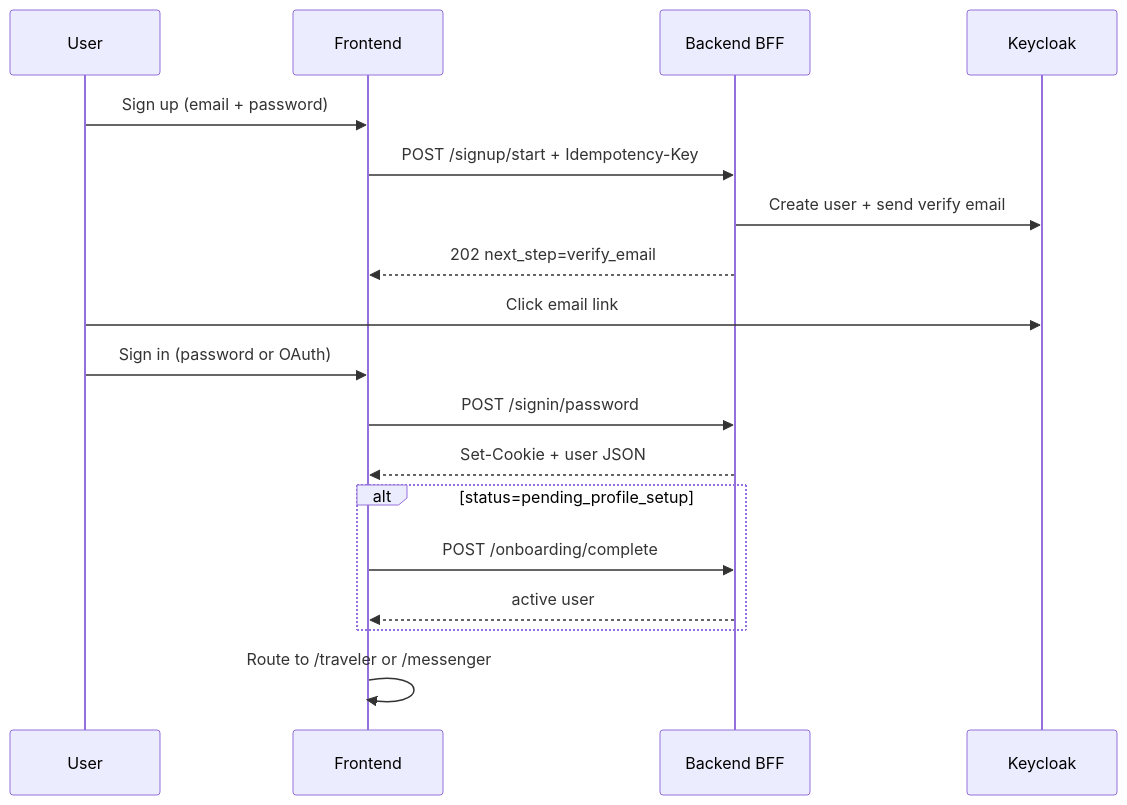
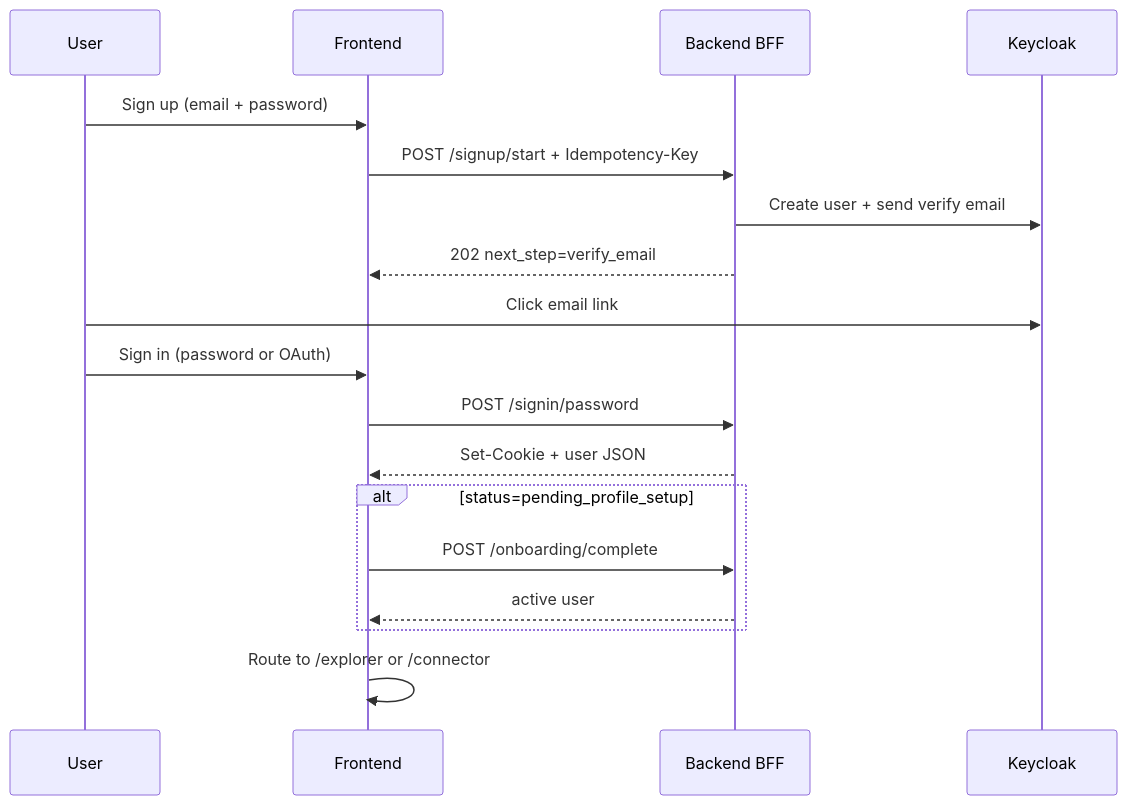
Before and after one commit to Premaramkarthik/chatapp-backend: the diagram in test.md, drawn with Mermaid. The commit also changed other lines of this file and 40 other files, not shown here.

First line of the commit message:
refactor(profiles): rename traveler to explorer and messenger to connector across the application

````diff
--- a/test.md
+++ b/test.md
@@ -87,21 +87,21 @@
 ```mermaid
 sequenceDiagram
   participant U as User
   participant FE as Frontend
   participant BFF as Backend BFF
   participant KC as Keycloak
 
   U->>FE: Sign up (email + password)
   FE->>BFF: POST /signup/start + Idempotency-Key
   BFF->>KC: Create user + send verify email
   BFF-->>FE: 202 next_step=verify_email
   U->>KC: Click email link
   U->>FE: Sign in (password or OAuth)
   FE->>BFF: POST /signin/password
   BFF-->>FE: Set-Cookie + user JSON
   alt status=pending_profile_setup
     FE->>BFF: POST /onboarding/complete
     BFF-->>FE: active user
   end
-  FE->>FE: Route to /traveler or /messenger
+  FE->>FE: Route to /explorer or /connector
 ```
````
